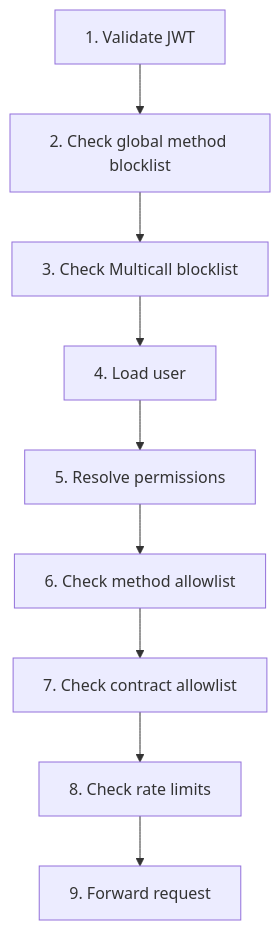
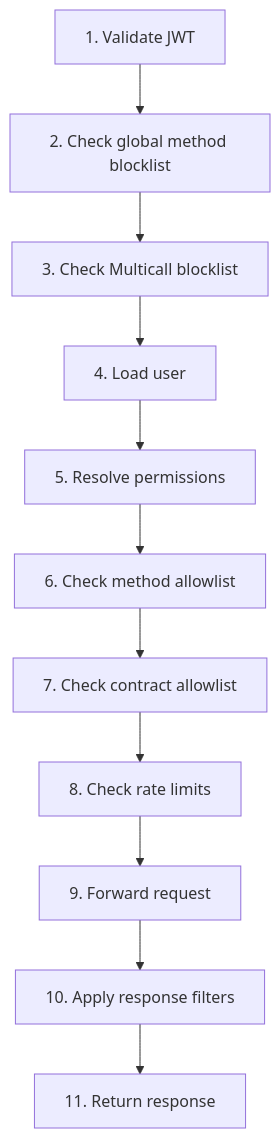
One commit to alainncls/open-privacy-suite changed the second of 2 diagrams in site/src/app/docs/security/page.mdx. Above: the diagram before and after it, drawn with Mermaid. The commit also changed other lines of this file and 9 other files, not shown here.

````diff
--- a/site/src/app/docs/security/page.mdx
+++ b/site/src/app/docs/security/page.mdx
@@ -202,11 +224,13 @@
 ```mermaid
 graph TD
     A["1. Validate JWT"] --> B["2. Check global method blocklist"]
     B --> C["3. Check Multicall blocklist"]
     C --> D["4. Load user"]
     D --> E["5. Resolve permissions"]
     E --> F["6. Check method allowlist"]
     F --> G["7. Check contract allowlist"]
     G --> H["8. Check rate limits"]
     H --> I["9. Forward request"]
+    I --> J["10. Apply response filters"]
+    J --> K["11. Return response"]
 ```
````
